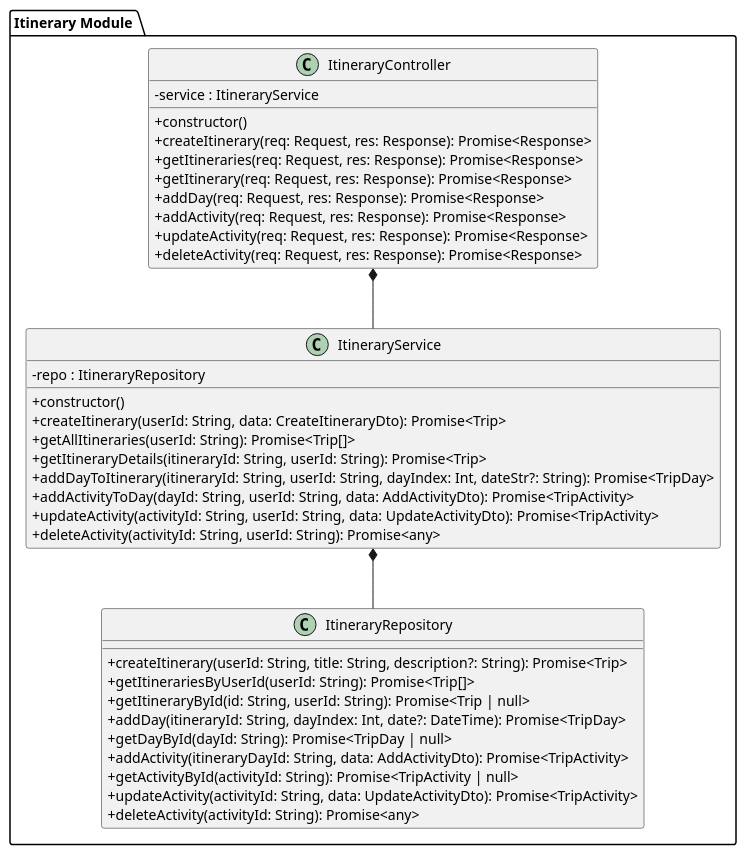
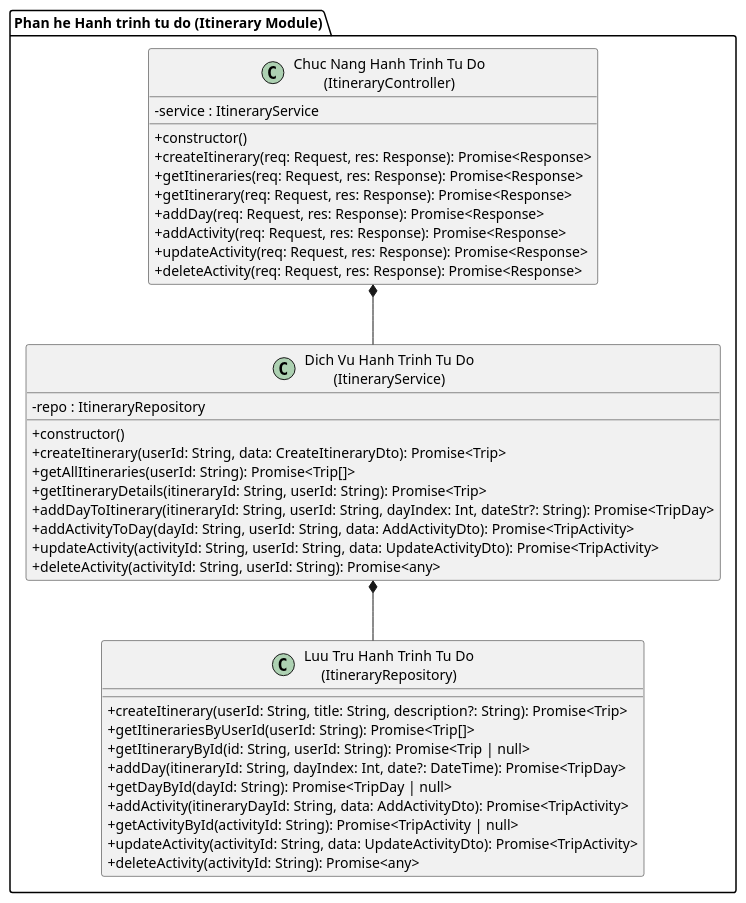
One commit to ntctuongktpm2211030-crypto/Thuc_Tap_NTD changed the diagram in docs/uml/Class/Class_Itinerary.puml. Above: the diagram before and after it, drawn with PlantUML. The commit also changed 20 other files, not shown here.

```diff
--- a/docs/uml/Class/Class_Itinerary.puml
+++ b/docs/uml/Class/Class_Itinerary.puml
@@ -1,48 +1,48 @@
 @startuml Class_Itinerary
 
 skinparam linetype ortho
 skinparam classAttributeIconSize 0
 
-package "Itinerary Module " {
+package "Phan he Hanh trinh tu do (Itinerary Module)" {
 
-  class "ItineraryController" as ItineraryController {
+  class "Chuc Nang Hanh Trinh Tu Do\n(ItineraryController)" as ItineraryController {
     - service : ItineraryService
     + constructor()
     + createItinerary(req: Request, res: Response): Promise<Response>
     + getItineraries(req: Request, res: Response): Promise<Response>
     + getItinerary(req: Request, res: Response): Promise<Response>
     + addDay(req: Request, res: Response): Promise<Response>
     + addActivity(req: Request, res: Response): Promise<Response>
     + updateActivity(req: Request, res: Response): Promise<Response>
     + deleteActivity(req: Request, res: Response): Promise<Response>
   }
 
-  class "ItineraryService" as ItineraryService {
+  class "Dich Vu Hanh Trinh Tu Do\n(ItineraryService)" as ItineraryService {
     - repo : ItineraryRepository
     + constructor()
     + createItinerary(userId: String, data: CreateItineraryDto): Promise<Trip>
     + getAllItineraries(userId: String): Promise<Trip[]>
     + getItineraryDetails(itineraryId: String, userId: String): Promise<Trip>
     + addDayToItinerary(itineraryId: String, userId: String, dayIndex: Int, dateStr?: String): Promise<TripDay>
     + addActivityToDay(dayId: String, userId: String, data: AddActivityDto): Promise<TripActivity>
     + updateActivity(activityId: String, userId: String, data: UpdateActivityDto): Promise<TripActivity>
     + deleteActivity(activityId: String, userId: String): Promise<any>
   }
 
-  class "ItineraryRepository" as ItineraryRepository {
+  class "Luu Tru Hanh Trinh Tu Do\n(ItineraryRepository)" as ItineraryRepository {
     + createItinerary(userId: String, title: String, description?: String): Promise<Trip>
     + getItinerariesByUserId(userId: String): Promise<Trip[]>
     + getItineraryById(id: String, userId: String): Promise<Trip | null>
     + addDay(itineraryId: String, dayIndex: Int, date?: DateTime): Promise<TripDay>
     + getDayById(dayId: String): Promise<TripDay | null>
     + addActivity(itineraryDayId: String, data: AddActivityDto): Promise<TripActivity>
     + getActivityById(activityId: String): Promise<TripActivity | null>
     + updateActivity(activityId: String, data: UpdateActivityDto): Promise<TripActivity>
     + deleteActivity(activityId: String): Promise<any>
   }
 }
 
 ItineraryController *-- ItineraryService
 ItineraryService *-- ItineraryRepository
 
 @enduml
```
